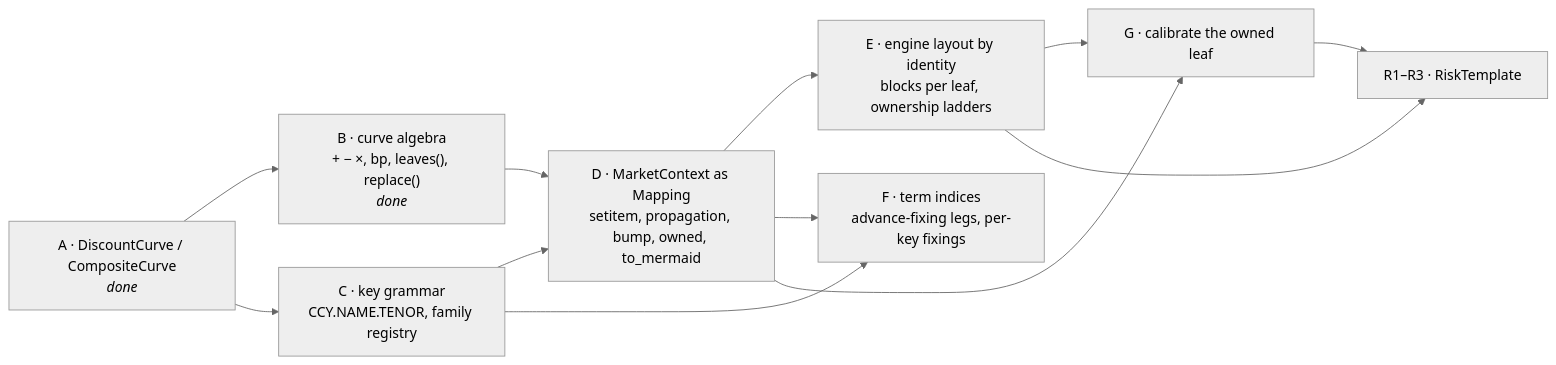
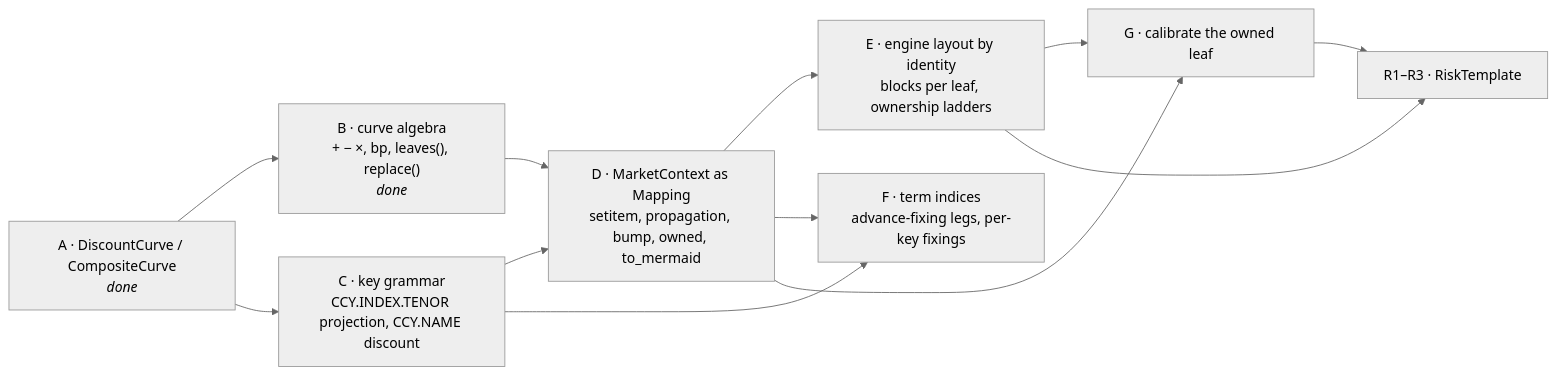
One commit to rudetastic13/quant-toolkit changed the diagram in docs/curves_and_market_plan.md. Above: the diagram before and after it, drawn with Mermaid (neutral theme). The commit also changed other lines of this file, not shown here.

Commit message:
Plan: PR C rewritten around projection (CCY.INDEX.TENOR) and discount (CCY.NAME) keys

````diff
--- a/docs/curves_and_market_plan.md
+++ b/docs/curves_and_market_plan.md
@@ -44,22 +46,22 @@
 ```mermaid
 graph LR
     A["A · DiscountCurve / CompositeCurve<br/><i>done</i>"]
     B["B · curve algebra<br/>+ − ×, bp, leaves(), replace()<br/><i>done</i>"]
-    C["C · key grammar<br/>CCY.NAME.TENOR, family registry"]
+    C["C · key grammar<br/>CCY.INDEX.TENOR projection, CCY.NAME discount"]
     D["D · MarketContext as Mapping<br/>setitem, propagation, bump, owned, to_mermaid"]
     E["E · engine layout by identity<br/>blocks per leaf, ownership ladders"]
     F["F · term indices<br/>advance-fixing legs, per-key fixings"]
     G["G · calibrate the owned leaf"]
     R["R1–R3 · RiskTemplate"]
     A --> B
     A --> C
     B --> D
     C --> D
     C --> F
     D --> E
     D --> F
     D --> G
     E --> G
     E --> R
     G --> R
 ```
````
